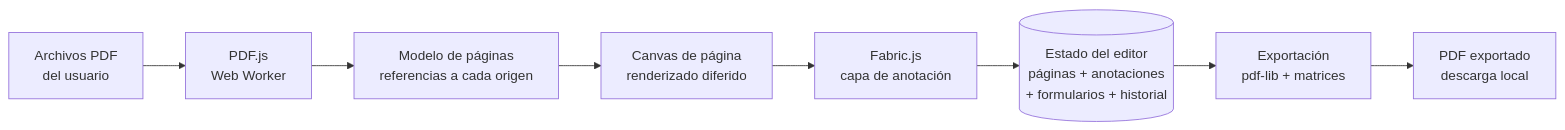
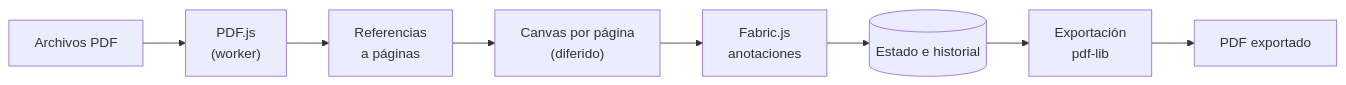
One commit to juanitomanoplateada/ytaPDF changed the diagram in README.md. Above: the diagram before and after it, drawn with Mermaid. The commit also changed other lines of this file and 67 other files, not shown here.

````diff
--- a/README.md
+++ b/README.md
@@ -216,10 +175,10 @@
 ```mermaid
 flowchart LR
-    IN["Archivos PDF<br/>del usuario"] --> JS["PDF.js<br/>Web Worker"]
-    JS --> REF["Modelo de páginas<br/>referencias a cada origen"]
-    REF --> CV["Canvas de página<br/>renderizado diferido"]
-    CV --> FAB["Fabric.js<br/>capa de anotación"]
-    FAB --> ST[("Estado del editor<br/>páginas + anotaciones<br/>+ formularios + historial")]
-    ST --> EXP["Exportación<br/>pdf-lib + matrices"]
-    EXP --> OUT["PDF exportado<br/>descarga local"]
+    IN["Archivos PDF"] --> JS["PDF.js<br/>(worker)"]
+    JS --> REF["Referencias<br/>a páginas"]
+    REF --> CV["Canvas por página<br/>(diferido)"]
+    CV --> FAB["Fabric.js<br/>anotaciones"]
+    FAB --> ST[("Estado e historial")]
+    ST --> EXP["Exportación<br/>pdf-lib"]
+    EXP --> OUT["PDF exportado"]
 ```
````
